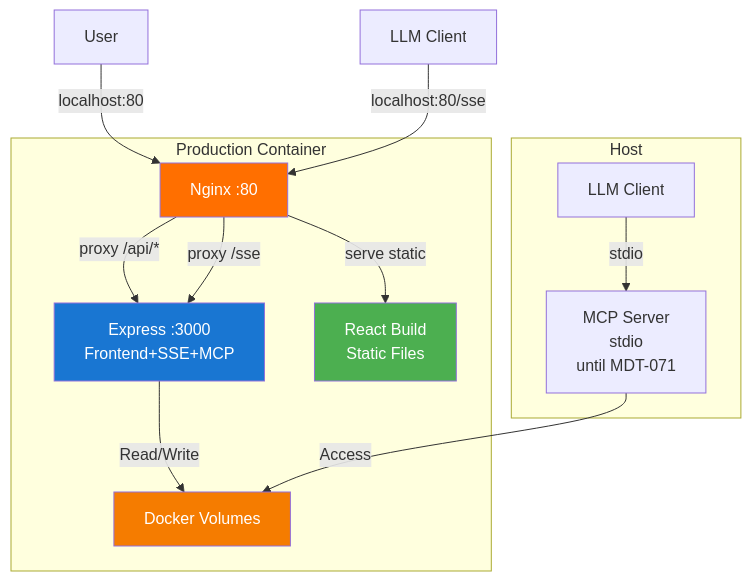
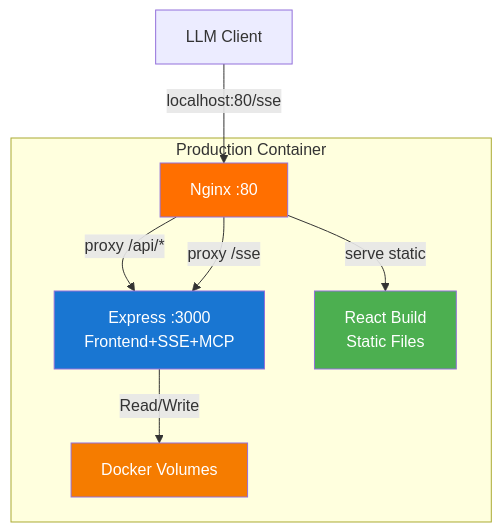
Before and after one commit to andkirby/markdown-ticket: the second of 2 diagrams in docs/CRs/MDT-055-docker-containerization-architecture-for-multi-ser.md, drawn with Mermaid. The commit also changed other lines of this file, not shown here.

First line of the commit message:
feat: remove stdio MCP references from MDT-055

````diff
--- a/docs/CRs/MDT-055-docker-containerization-architecture-for-multi-ser.md
+++ b/docs/CRs/MDT-055-docker-containerization-architecture-for-multi-ser.md
@@ -49,29 +49,21 @@
 ```mermaid
 graph TB
     subgraph "Production Container"
         NGINX[Nginx :80]
         APP[Express :3000<br/>Frontend+SSE+MCP]
         STATIC[React Build<br/>Static Files]
         VOLUMES[Docker Volumes]
     end
 
-    subgraph "Host"
-        MCP[MCP Server<br/>stdio<br/>until MDT-071]
-        LLM[LLM Client]
-    end
-
-    USER[User] -->|localhost:80| NGINX
     LLM_CLIENT[LLM Client] -->|localhost:80/sse| NGINX
 
     NGINX -->|serve static| STATIC
     NGINX -->|proxy /api/*| APP
     NGINX -->|proxy /sse| APP
     APP -->|Read/Write| VOLUMES
-    MCP -->|Access| VOLUMES
-    LLM -->|stdio| MCP
 
     style NGINX fill:#ff6f00,color:#fff
     style APP fill:#1976d2,color:#fff
     style STATIC fill:#4caf50,color:#fff
     style VOLUMES fill:#f57c00,color:#fff
 ```
````
